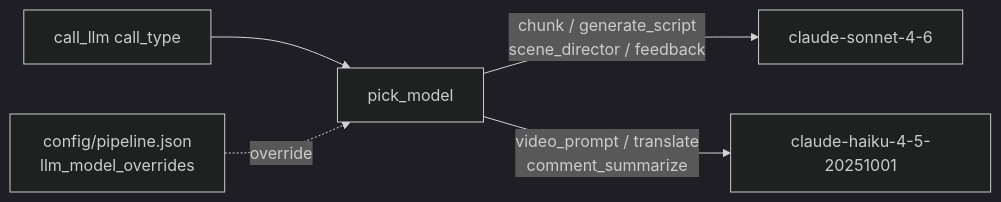
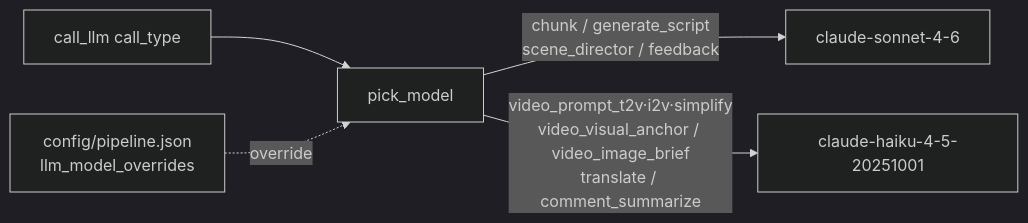
The third of 4 diagrams in docs/pipeline.md (Justant-source/WaggleBot), drawn with Mermaid (dark theme) before and after one commit. The commit also changed other lines of this file and 21 other files, not shown here.

````diff
--- a/docs/pipeline.md
+++ b/docs/pipeline.md
@@ -159,7 +168,7 @@
 ```mermaid
 flowchart LR
     CALL[call_llm call_type] --> ROUTER[pick_model]
     ROUTER --> |chunk / generate_script<br/>scene_director / feedback| SONNET[claude-sonnet-4-6]
-    ROUTER --> |video_prompt / translate<br/>comment_summarize| HAIKU[claude-haiku-4-5-20251001]
+    ROUTER --> |video_prompt_t2v·i2v·simplify<br/>video_visual_anchor / video_image_brief<br/>translate / comment_summarize| HAIKU[claude-haiku-4-5-20251001]
     OVERRIDE[config/pipeline.json<br/>llm_model_overrides] -.->|override| ROUTER
 ```
````
